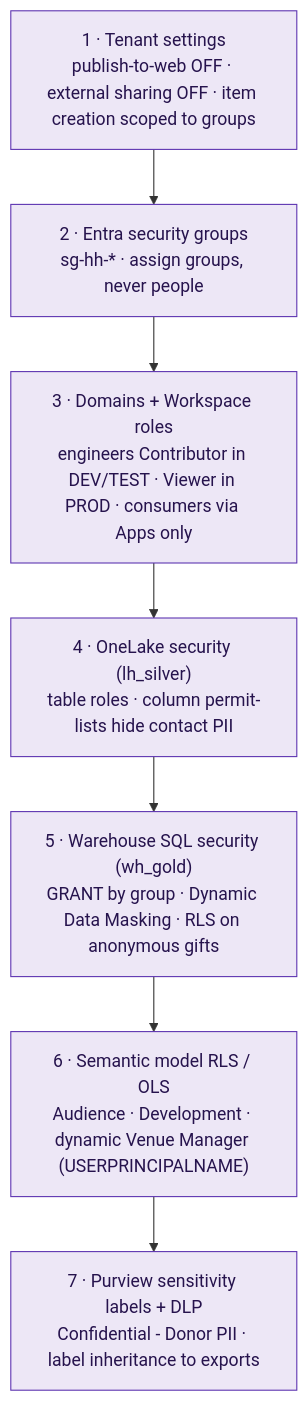
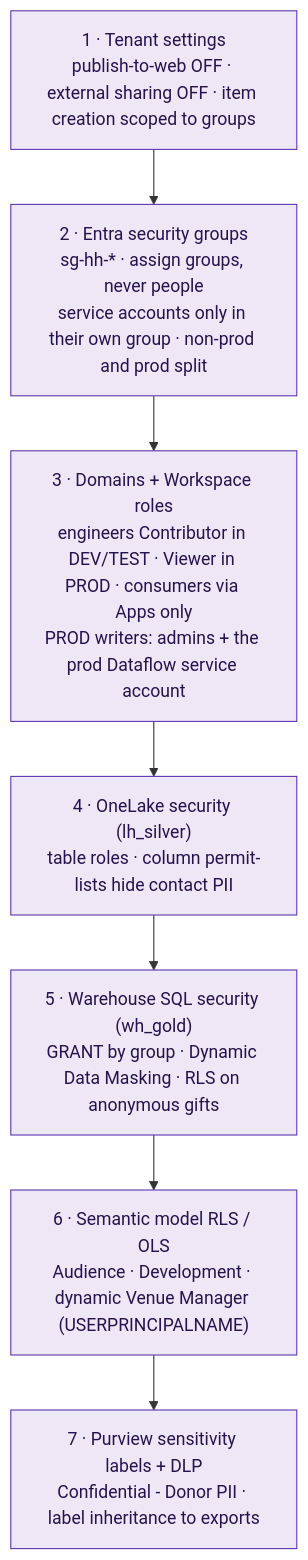
One commit to musatouray/performing-arts-audience-development-platform changed the diagram in docs/diagrams/src/04-security-layers.mmd. Above: the diagram before and after it, drawn with Mermaid. The commit also changed 51 other files, not shown here.

```diff
--- a/docs/diagrams/src/04-security-layers.mmd
+++ b/docs/diagrams/src/04-security-layers.mmd
@@ -1,11 +1,11 @@
 %% Defence in depth: who is protected where
 flowchart TB
   classDef l fill:#EDE7F6,stroke:#5E35B1,color:#26134D
   L1["1 · Tenant settings<br/>publish-to-web OFF · external sharing OFF · item creation scoped to groups"]:::l
-  L2["2 · Entra security groups<br/>sg-hh-* · assign groups, never people"]:::l
-  L3["3 · Domains + Workspace roles<br/>engineers Contributor in DEV/TEST · Viewer in PROD · consumers via Apps only"]:::l
+  L2["2 · Entra security groups<br/>sg-hh-* · assign groups, never people<br/>service accounts only in their own group · non-prod and prod split"]:::l
+  L3["3 · Domains + Workspace roles<br/>engineers Contributor in DEV/TEST · Viewer in PROD · consumers via Apps only<br/>PROD writers: admins + the prod Dataflow service account"]:::l
   L4["4 · OneLake security (lh_silver)<br/>table roles · column permit-lists hide contact PII"]:::l
   L5["5 · Warehouse SQL security (wh_gold)<br/>GRANT by group · Dynamic Data Masking · RLS on anonymous gifts"]:::l
   L6["6 · Semantic model RLS / OLS<br/>Audience · Development · dynamic Venue Manager (USERPRINCIPALNAME)"]:::l
   L7["7 · Purview sensitivity labels + DLP<br/>Confidential - Donor PII · label inheritance to exports"]:::l
   L1 --> L2 --> L3 --> L4 --> L5 --> L6 --> L7
```
